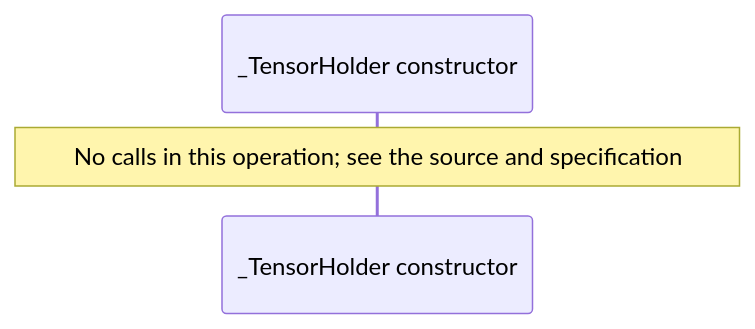
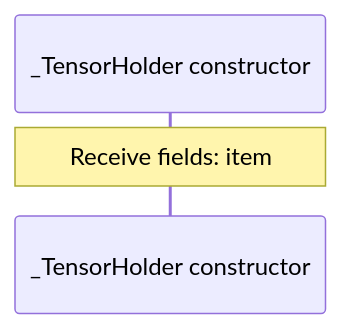
One commit to GreenPandaStudios/augscript changed diagram 15 of 17 in docs/examples/native-pytorch/dependencies/packages/@greenpandastudios/aug-pytorch/0.1.6/api-diagrams.md. Above: the diagram before and after it, drawn with Mermaid. The commit also changed other lines of this file and 289 other files, not shown here.

Commit message:
Correct diagram control flow and complete generated wiki navigation

````diff
--- a/docs/examples/native-pytorch/dependencies/packages/@greenpandastudios/aug-pytorch/0.1.6/api-diagrams.md
+++ b/docs/examples/native-pytorch/dependencies/packages/@greenpandastudios/aug-pytorch/0.1.6/api-diagrams.md
@@ -257,6 +257,6 @@
 ```mermaid
 sequenceDiagram
     participant p0 as _TensorHolder constructor
 
-    Note over p0: No calls in this operation#59; see the source and specification
+    Note over p0: Receive fields: item
 ```
````
